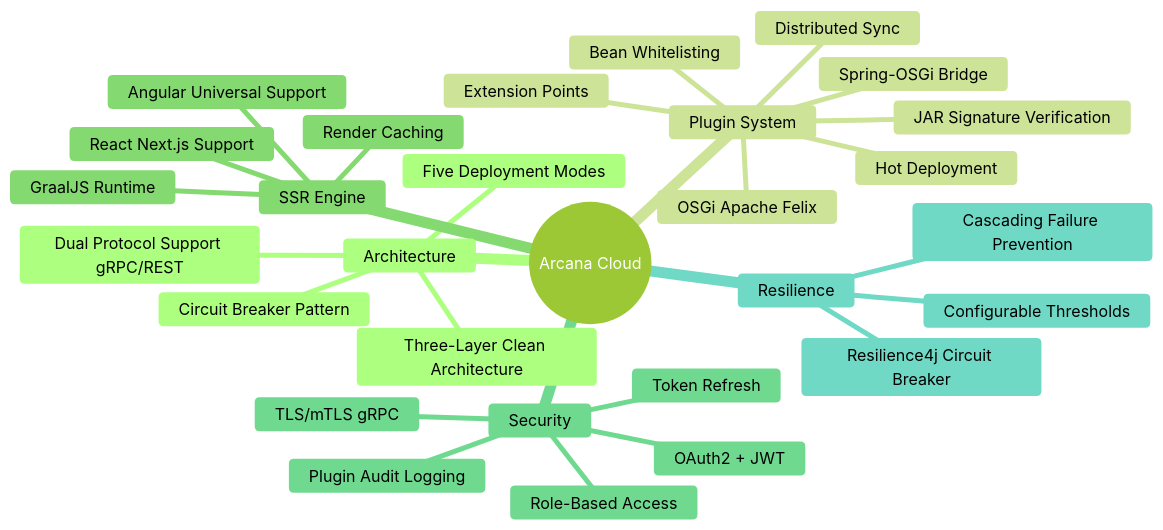
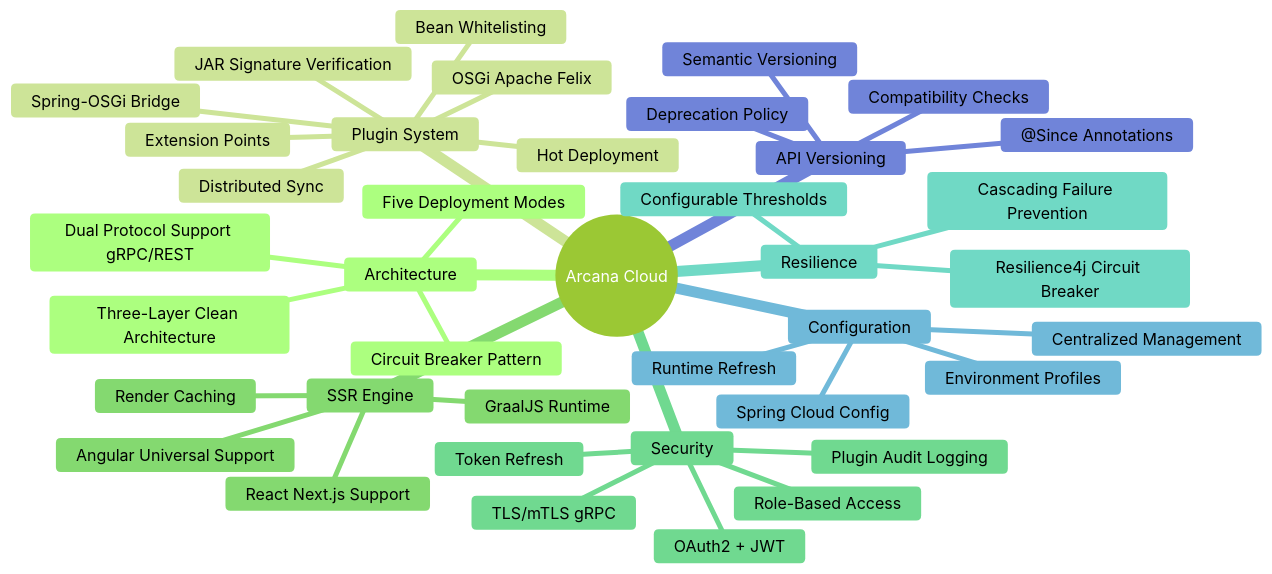
The second of 6 diagrams in README.md (jrjohn/arcana-cloud-springboot), drawn with Mermaid (forest theme) before and after one commit. The commit also changed other lines of this file and 19 other files, not shown here.

````diff
--- a/README.md
+++ b/README.md
@@ -98,32 +98,42 @@
 ```mermaid
 mindmap
   root((Arcana Cloud))
     Architecture
       Three-Layer Clean Architecture
       Dual Protocol Support gRPC/REST
       Five Deployment Modes
       Circuit Breaker Pattern
     Plugin System
       OSGi Apache Felix
       Hot Deployment
       Extension Points
       Spring-OSGi Bridge
       Distributed Sync
       Bean Whitelisting
       JAR Signature Verification
     SSR Engine
       GraalJS Runtime
       React Next.js Support
       Angular Universal Support
       Render Caching
     Security
       OAuth2 + JWT
       Role-Based Access
       Token Refresh
       TLS/mTLS gRPC
       Plugin Audit Logging
     Resilience
       Resilience4j Circuit Breaker
       Cascading Failure Prevention
       Configurable Thresholds
+    Configuration
+      Spring Cloud Config
+      Centralized Management
+      Environment Profiles
+      Runtime Refresh
+    API Versioning
+      Semantic Versioning
+      @Since Annotations
+      Compatibility Checks
+      Deprecation Policy
 ```
````
